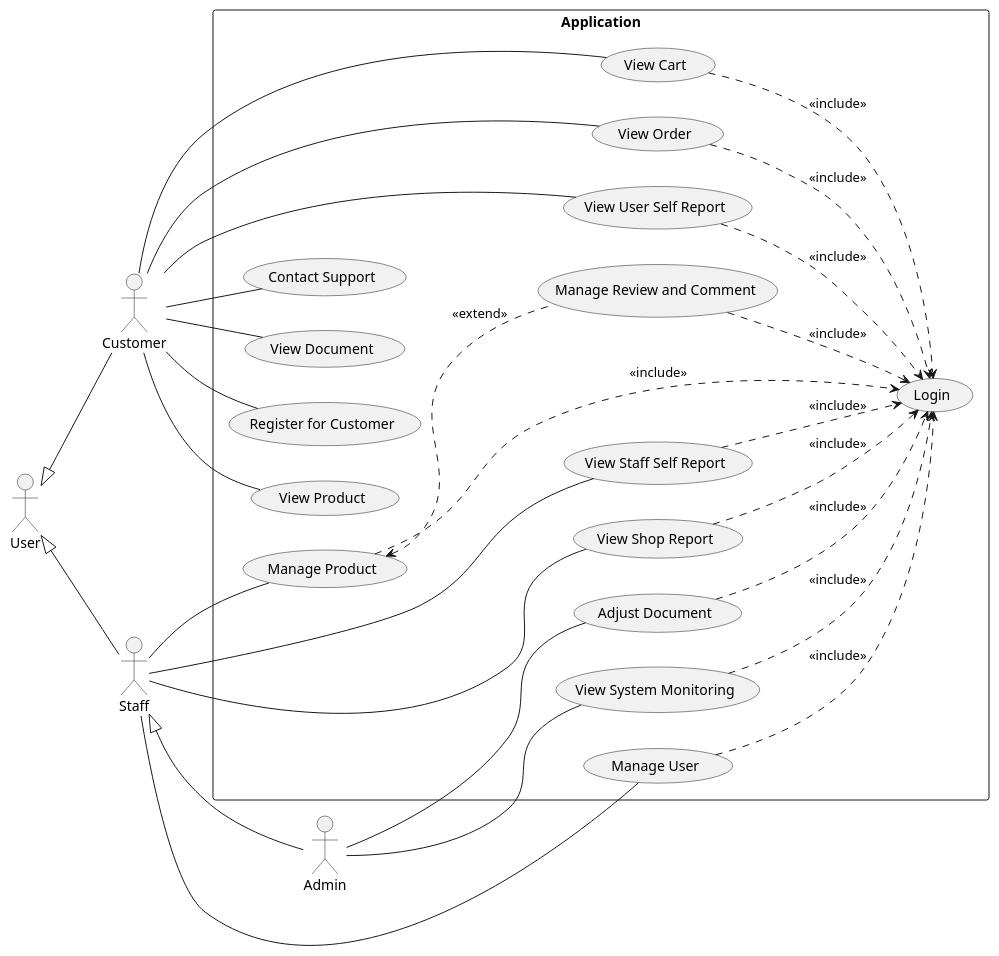
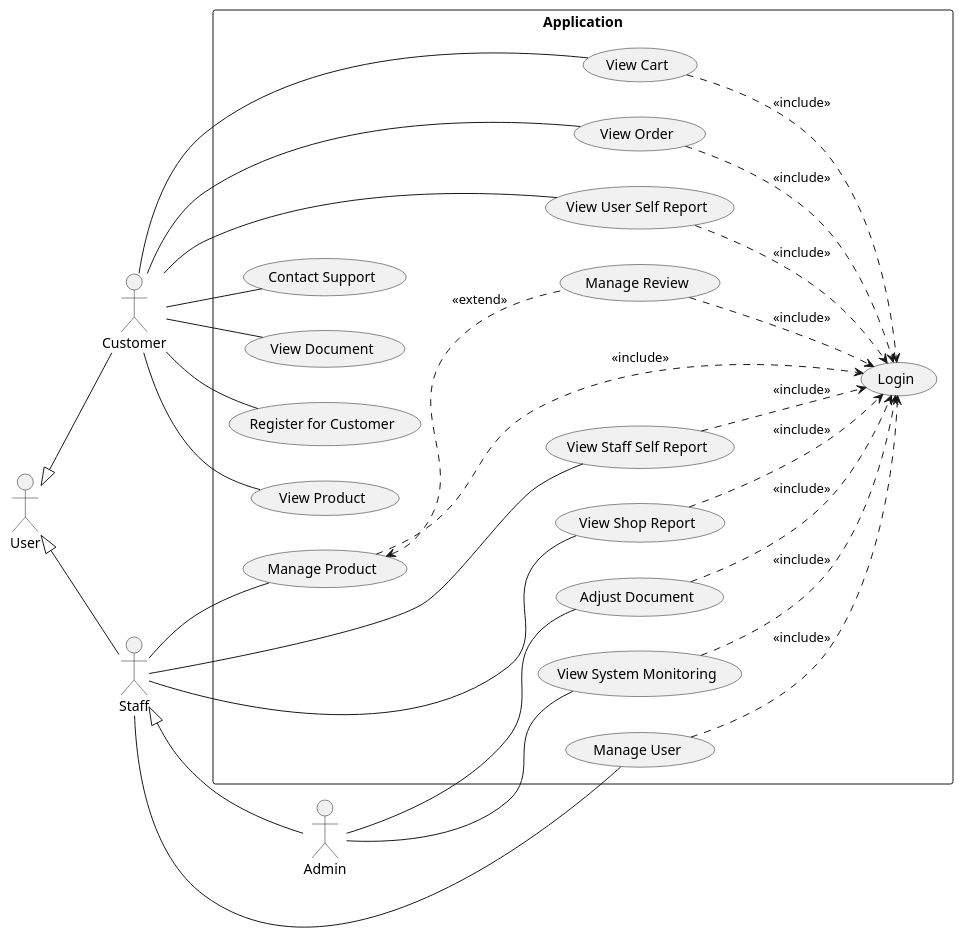
One commit to electricilies/electricilies.github.io changed the first of 2 diagrams in docs/docs/use-case/user.md. Above: the diagram before and after it, drawn with PlantUML. The commit also changed other lines of this file and 17 other files, not shown here.

Commit message:
feat: remove comment for review

````diff
--- a/docs/docs/use-case/user.md
+++ b/docs/docs/use-case/user.md
@@ -5,59 +5,59 @@
 ```plantuml
 @startuml
 left to right direction
 actor User
 actor Customer
 actor Staff
 actor Admin
 
 User <|-- Customer
 User <|-- Staff
 Staff <|-- Admin
 
 rectangle "Application" {
   usecase UC01 as "Login"
   usecase UC02 as "Register for Customer"
   usecase UC03 as "View Product"
   usecase UC04 as "View Cart"
   usecase UC05 as "View Order"
   usecase UC06 as "Contact Support"
   usecase UC07 as "View User Self Report"
   usecase UC08 as "View Document"
   usecase UC09 as "Manage Product"
-  usecase UC10 as "Manage Review and Comment"
+  usecase UC10 as "Manage Review"
   usecase UC11 as "Manage User"
   usecase UC12 as "View Staff Self Report"
   usecase UC13 as "View Shop Report"
   usecase UC14 as "View System Monitoring"
   usecase UC15 as "Adjust Document"
 }
 
 Customer -- UC02
 Customer -- UC03
 Customer -- UC04
 Customer -- UC05
 Customer -- UC06
 Customer -- UC07
 Customer -- UC08
 Staff -- UC09
 Staff -- UC11
 Staff -- UC12
 Staff -- UC13
 Admin -- UC14
 Admin -- UC15
 
 UC09 <.. UC10 : <<extend>>
 
 UC04 ..> UC01 : <<include>>
 UC05 ..> UC01 : <<include>>
 UC07 ..> UC01 : <<include>>
 UC09 ..> UC01 : <<include>>
 UC10 ..> UC01 : <<include>>
 UC11 ..> UC01 : <<include>>
 UC12 ..> UC01 : <<include>>
 UC13 ..> UC01 : <<include>>
 UC14 ..> UC01 : <<include>>
 UC15 ..> UC01 : <<include>>
 
 @enduml
 ```
````
